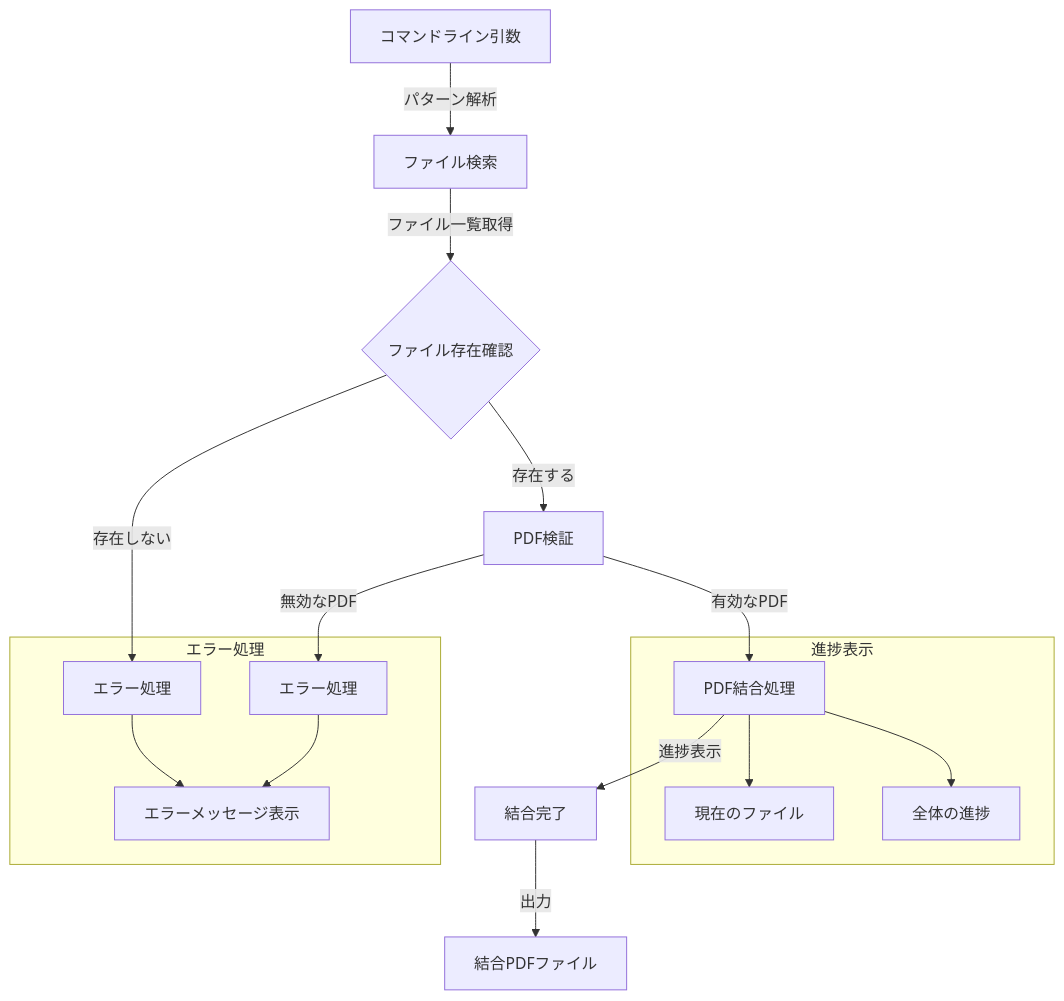
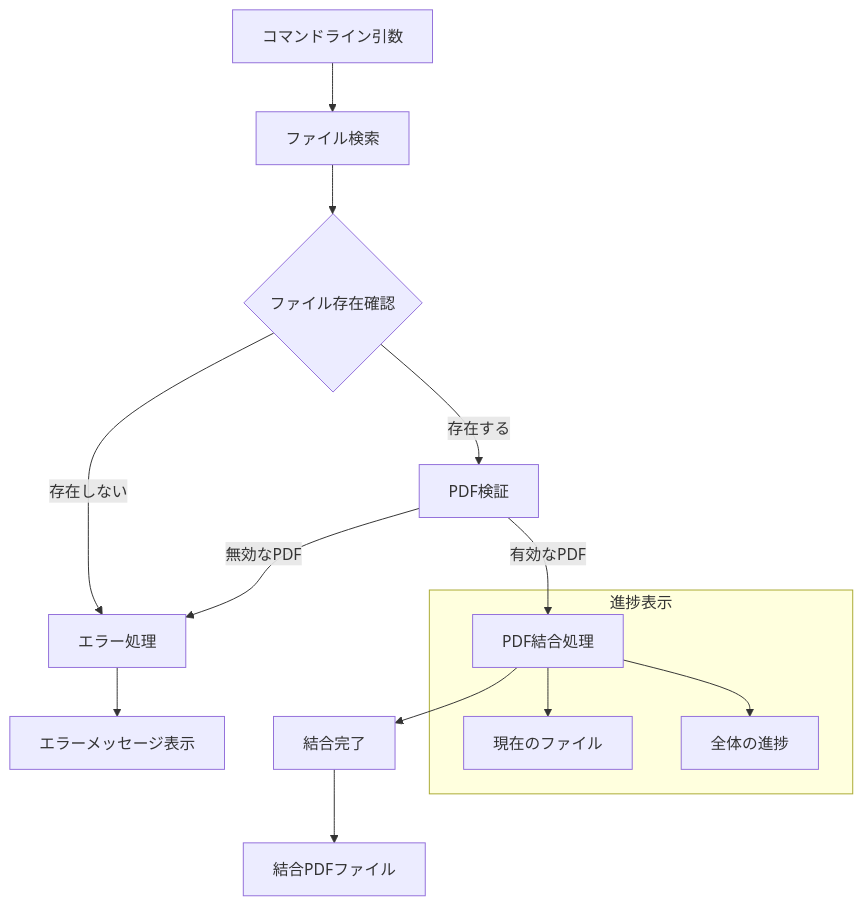
One commit to long-910/long-910.github.io changed the diagram in _posts/2025-06-09-merge-pdf.md. Above: the diagram before and after it, drawn with Mermaid. The commit also changed other lines of this file, not shown here.

Commit message:
Sync articles from Zenn repository

````diff
--- a/_posts/2025-06-09-merge-pdf.md
+++ b/_posts/2025-06-09-merge-pdf.md
@@ -64,21 +64,17 @@
 ```mermaid
-graph TD
-    A[コマンドライン引数] -->|パターン解析| B[ファイル検索]
-    B -->|ファイル一覧取得| C{ファイル存在確認}
+flowchart TD
+    A[コマンドライン引数] --> B[ファイル検索]
+    B --> C{ファイル存在確認}
     C -->|存在しない| D[エラー処理]
     C -->|存在する| E[PDF検証]
-    E -->|無効なPDF| F[エラー処理]
+    E -->|無効なPDF| D
     E -->|有効なPDF| G[PDF結合処理]
-    G -->|進捗表示| H[結合完了]
-    H -->|出力| I[結合PDFファイル]
-
-    subgraph エラー処理
-        D --> J[エラーメッセージ表示]
-        F --> J
-    end
+    G --> H[結合完了]
+    H --> I[結合PDFファイル]
+    D --> J[エラーメッセージ表示]
 
     subgraph 進捗表示
         G --> K[現在のファイル]
         G --> L[全体の進捗]
     end
 ```
````
